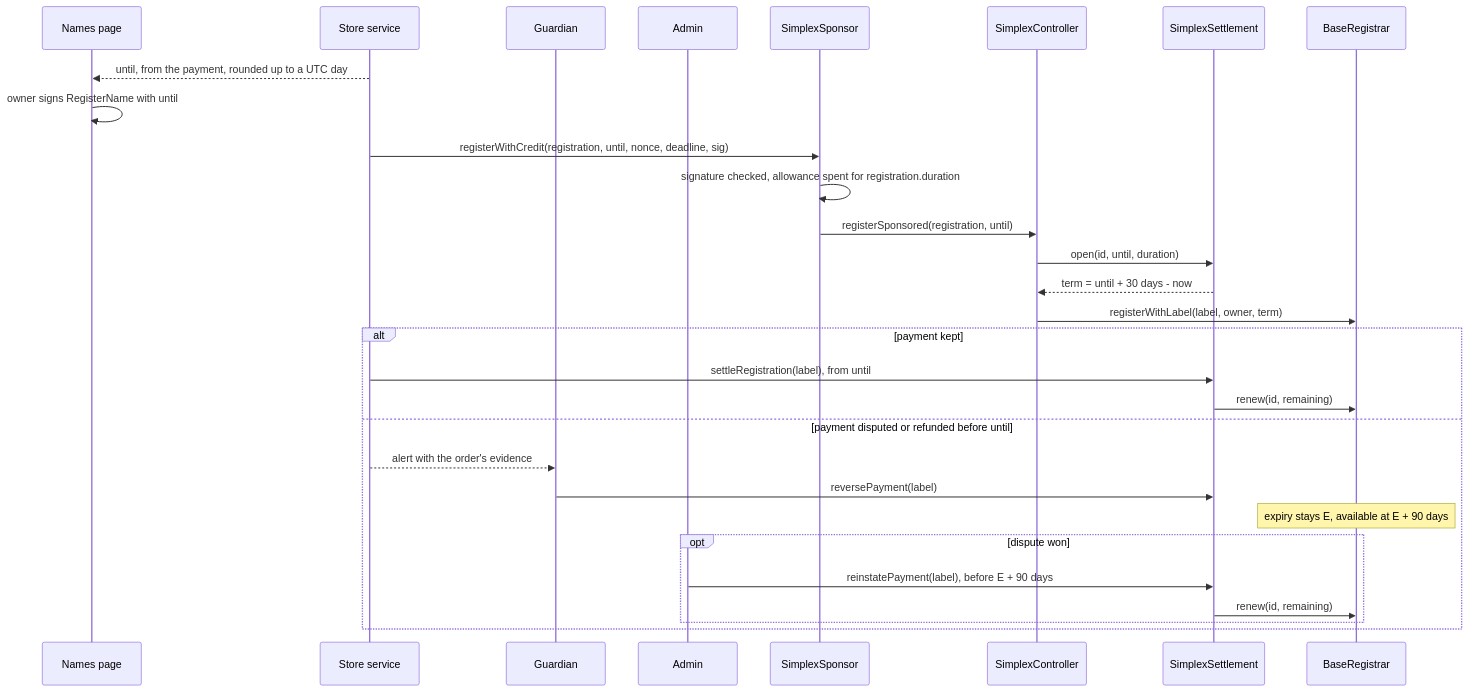
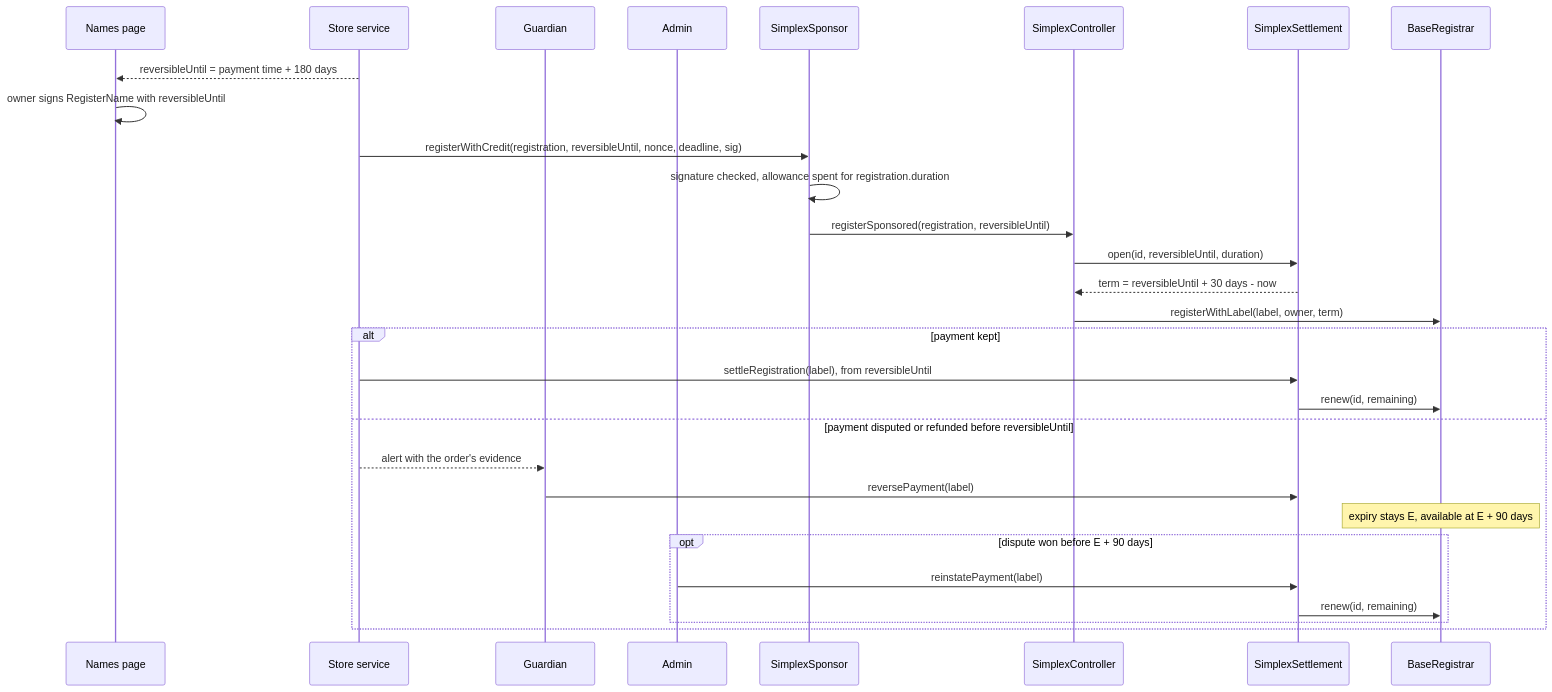
One commit to brenzi-agent/simplex-namespace-contract changed the second of 6 diagrams in docs/plans/payment-reversal.md. Above: the diagram before and after it, drawn with Mermaid. The commit also changed other lines of this file, not shown here.

Commit message:
docs: exact reversal deadline, one settlement address and card renewals in the plan

````diff
--- a/docs/plans/payment-reversal.md
+++ b/docs/plans/payment-reversal.md
@@ -136,31 +144,31 @@
 ```mermaid
 sequenceDiagram
   participant P as Names page
   participant S as Store service
   participant G as Guardian
   participant A as Admin
   participant Sp as SimplexSponsor
   participant C as SimplexController
   participant St as SimplexSettlement
   participant R as BaseRegistrar
-  S-->>P: until, from the payment, rounded up to a UTC day
-  P->>P: owner signs RegisterName with until
-  S->>Sp: registerWithCredit(registration, until, nonce, deadline, sig)
+  S-->>P: reversibleUntil = payment time + 180 days
+  P->>P: owner signs RegisterName with reversibleUntil
+  S->>Sp: registerWithCredit(registration, reversibleUntil, nonce, deadline, sig)
   Sp->>Sp: signature checked, allowance spent for registration.duration
-  Sp->>C: registerSponsored(registration, until)
-  C->>St: open(id, until, duration)
-  St-->>C: term = until + 30 days - now
+  Sp->>C: registerSponsored(registration, reversibleUntil)
+  C->>St: open(id, reversibleUntil, duration)
+  St-->>C: term = reversibleUntil + 30 days - now
   C->>R: registerWithLabel(label, owner, term)
   alt payment kept
-    S->>St: settleRegistration(label), from until
+    S->>St: settleRegistration(label), from reversibleUntil
     St->>R: renew(id, remaining)
-  else payment disputed or refunded before until
+  else payment disputed or refunded before reversibleUntil
     S-->>G: alert with the order's evidence
     G->>St: reversePayment(label)
     Note over R: expiry stays E, available at E + 90 days
-    opt dispute won
-      A->>St: reinstatePayment(label), before E + 90 days
+    opt dispute won before E + 90 days
+      A->>St: reinstatePayment(label)
       St->>R: renew(id, remaining)
     end
   end
 ```
````
